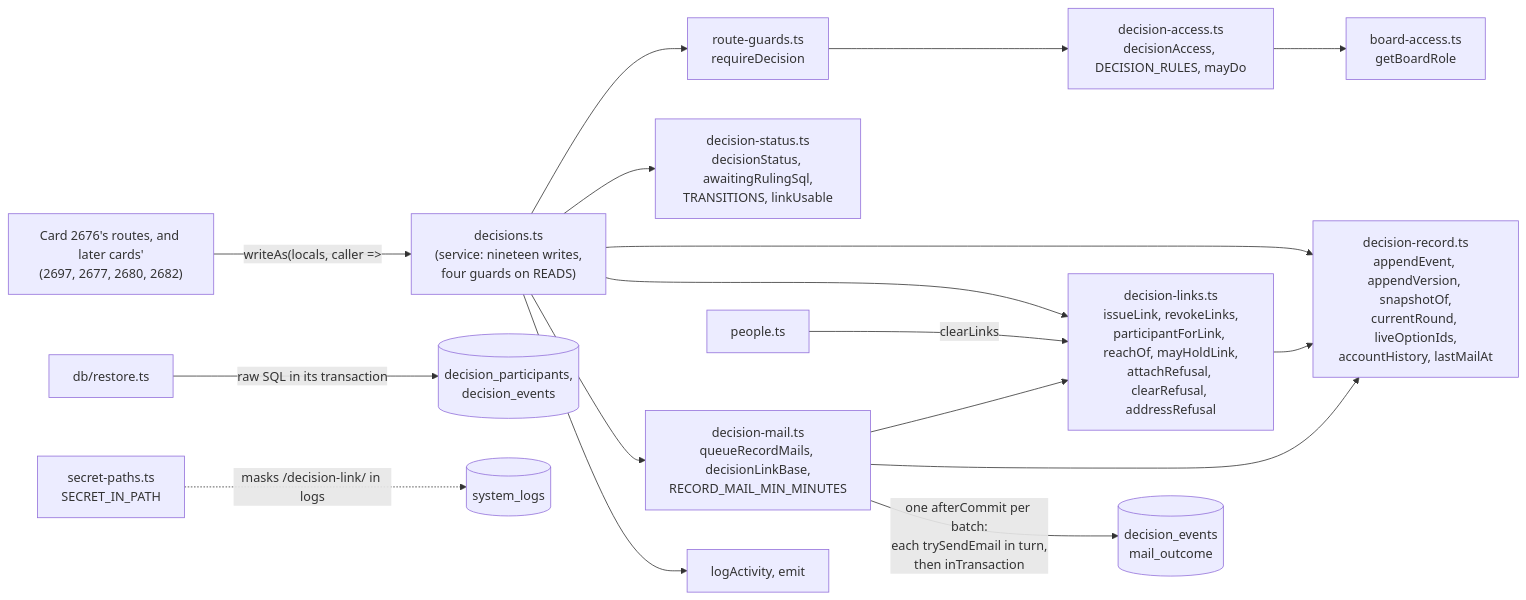
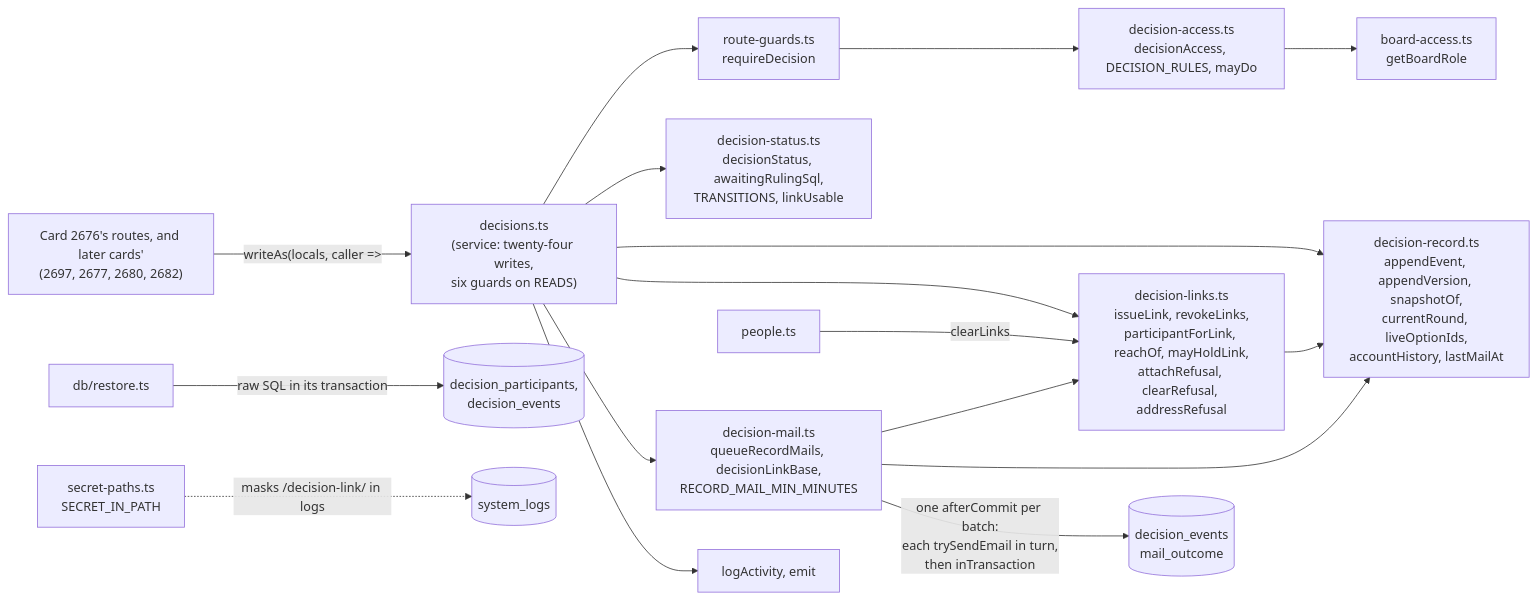
Diagram 20 of 57 in docs/architecture.md (gitBoon/DumpFire), drawn with Mermaid before and after one commit. The commit also changed other lines of this file and 66 other files, not shown here.

````diff
--- a/docs/architecture.md
+++ b/docs/architecture.md
@@ -1229,19 +1229,19 @@
 ```mermaid
 flowchart LR
-    Routes["Card 2676's routes, and later cards'<br/>(2697, 2677, 2680, 2682)"] -->|"writeAs(locals, caller =>"| Svc["decisions.ts<br/>(service: nineteen writes,<br/>four guards on READS)"]
+    Routes["Card 2676's routes, and later cards'<br/>(2697, 2677, 2680, 2682)"] -->|"writeAs(locals, caller =>"| Svc["decisions.ts<br/>(service: twenty-four writes,<br/>six guards on READS)"]
     Svc --> Guard["route-guards.ts<br/>requireDecision"]
     Guard --> Acc["decision-access.ts<br/>decisionAccess, DECISION_RULES, mayDo"]
     Acc --> BA["board-access.ts<br/>getBoardRole"]
     Svc --> St["decision-status.ts<br/>decisionStatus, awaitingRulingSql,<br/>TRANSITIONS, linkUsable"]
     Svc --> Rec["decision-record.ts<br/>appendEvent, appendVersion, snapshotOf,<br/>currentRound, liveOptionIds,<br/>accountHistory, lastMailAt"]
     Svc --> Lk["decision-links.ts<br/>issueLink, revokeLinks,<br/>participantForLink, reachOf, mayHoldLink,<br/>attachRefusal, clearRefusal, addressRefusal"]
     Svc --> Ml["decision-mail.ts<br/>queueRecordMails, decisionLinkBase,<br/>RECORD_MAIL_MIN_MINUTES"]
     Svc --> Act["logActivity, emit"]
     Lk --> Rec
     Ml --> Lk
     Ml --> Rec
     Ml -->|"one afterCommit per batch:<br/>each trySendEmail in turn,<br/>then inTransaction"| Out[("decision_events<br/>mail_outcome")]
     People["people.ts"] -->|"clearLinks"| Lk
     Restore["db/restore.ts"] -->|"raw SQL in its transaction"| DP[("decision_participants,<br/>decision_events")]
     Gate["secret-paths.ts<br/>SECRET_IN_PATH"] -.->|"masks /decision-link/ in logs"| Log[("system_logs")]
 ```
````
